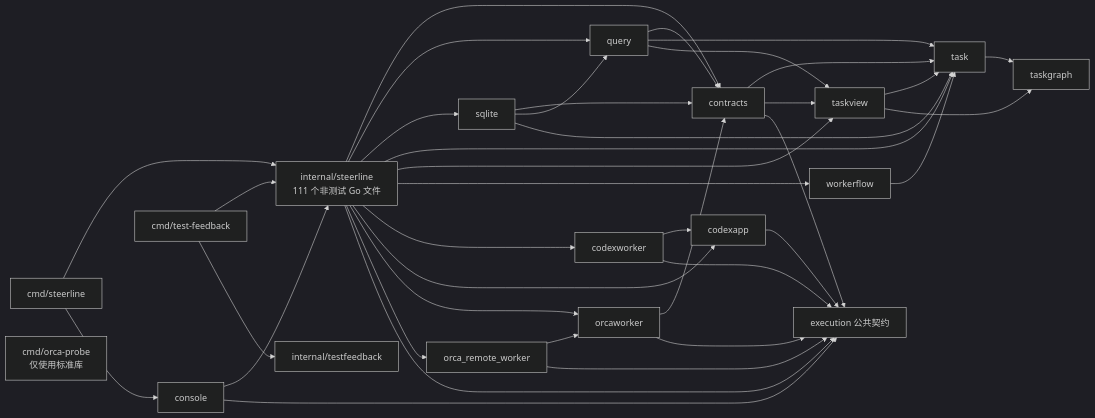
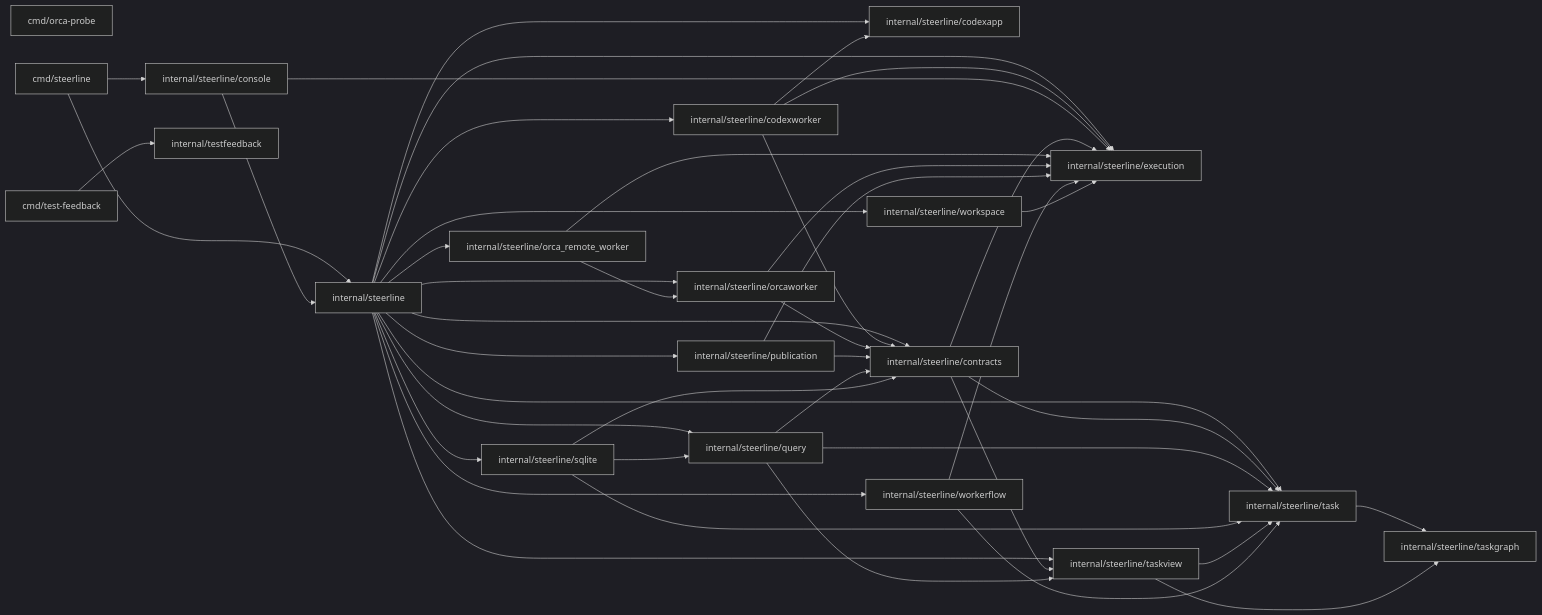
Before and after one commit to erranliu/SteerLine: the second of 8 diagrams in docs/architecture/current-code-architecture.md, drawn with Mermaid (dark theme). The commit also changed other lines of this file and 31 other files, not shown here.

````diff
--- a/docs/architecture/current-code-architecture.md
+++ b/docs/architecture/current-code-architecture.md
@@ -71,44 +71,65 @@
 ```mermaid
 flowchart LR
-    CLI["cmd/steerline"] --> Core["internal/steerline<br/>111 个非测试 Go 文件"]
-    CLI --> Console["console"]
-    Console --> Core
-
-    Core --> Contracts["contracts"]
-    Core --> QueryPackage["query"]
-    Core --> SQLiteReader["sqlite"]
-    Contracts --> Task
-    Contracts --> TaskView
-    QueryPackage --> Contracts
-    QueryPackage --> Task
-    QueryPackage --> TaskView
-    SQLiteReader --> Contracts
-    SQLiteReader --> QueryPackage
-    SQLiteReader --> Task
-
-    Core --> Task["task"]
-    Core --> TaskView["taskview"]
-    Core --> Flow["workerflow"]
-    Core --> CW["codexworker"]
-    Core --> CA["codexapp"]
-    Core --> OW["orcaworker"]
-    Core --> RW["orca_remote_worker"]
-    RW --> OW
-    OW --> Contracts
-    Task --> Graph["taskgraph"]
-    TaskView --> Task
-    TaskView --> Graph
-    Flow --> Task
-    CW --> CA
-    Core --> Execution["execution 公共契约"]
-    Console --> Execution
-    CW --> Execution
-    CA --> Execution
-    OW --> Execution
-    Contracts --> Execution
-    RW --> Execution
-
-    Feedback["cmd/test-feedback"] --> Core
-    Feedback --> Summary["internal/testfeedback"]
-    Probe["cmd/orca-probe<br/>仅使用标准库"]
+    P0["cmd/orca-probe"]
+    P1["cmd/steerline"]
+    P2["cmd/test-feedback"]
+    P3["internal/steerline"]
+    P4["internal/steerline/codexapp"]
+    P5["internal/steerline/codexworker"]
+    P6["internal/steerline/console"]
+    P7["internal/steerline/contracts"]
+    P8["internal/steerline/execution"]
+    P9["internal/steerline/orca_remote_worker"]
+    P10["internal/steerline/orcaworker"]
+    P11["internal/steerline/publication"]
+    P12["internal/steerline/query"]
+    P13["internal/steerline/sqlite"]
+    P14["internal/steerline/task"]
+    P15["internal/steerline/taskgraph"]
+    P16["internal/steerline/taskview"]
+    P17["internal/steerline/workerflow"]
+    P18["internal/steerline/workspace"]
+    P19["internal/testfeedback"]
+    P1 --> P3
+    P1 --> P6
+    P2 --> P19
+    P3 --> P4
+    P3 --> P5
+    P3 --> P7
+    P3 --> P8
+    P3 --> P9
+    P3 --> P10
+    P3 --> P11
+    P3 --> P12
+    P3 --> P13
+    P3 --> P14
+    P3 --> P16
+    P3 --> P17
+    P3 --> P18
+    P5 --> P4
+    P5 --> P7
+    P5 --> P8
+    P6 --> P3
+    P6 --> P8
+    P7 --> P8
+    P7 --> P14
+    P7 --> P16
+    P9 --> P8
+    P9 --> P10
+    P10 --> P7
+    P10 --> P8
+    P11 --> P7
+    P11 --> P8
+    P12 --> P7
+    P12 --> P14
+    P12 --> P16
+    P13 --> P7
+    P13 --> P12
+    P13 --> P14
+    P14 --> P15
+    P16 --> P14
+    P16 --> P15
+    P17 --> P8
+    P17 --> P14
+    P18 --> P8
 ```
````
